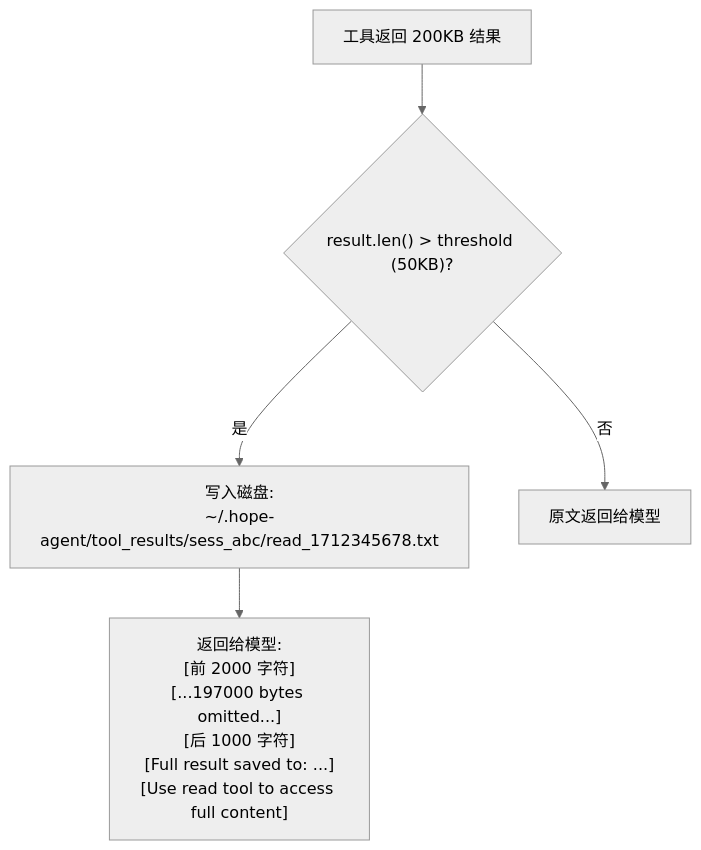
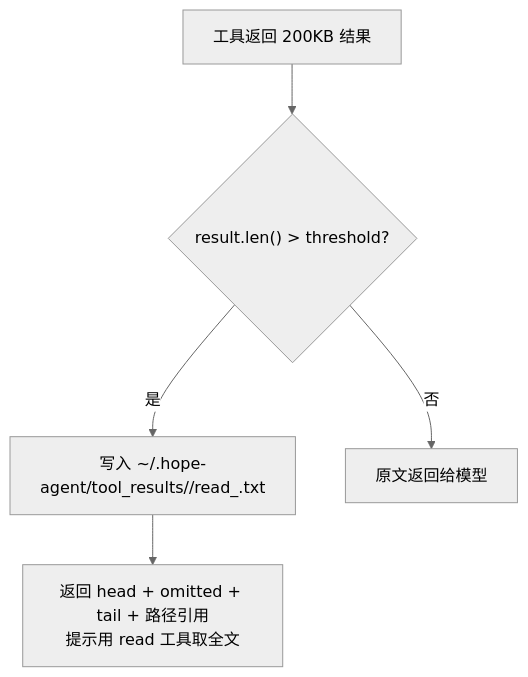
The eighth of 10 diagrams in docs/architecture/tool-system.md (shiwenwen/hope-agent), drawn with Mermaid (neutral theme) before and after one commit. The commit also changed other lines of this file and 1 other file, not shown here.

First line of the commit message:
🦭docs: 巨无霸 tool-system / im-channel 按新标准重做

````diff
--- a/docs/architecture/tool-system.md
+++ b/docs/architecture/tool-system.md
@@ -927,7 +717,7 @@
 ```mermaid
 flowchart TD
-    A["工具返回 200KB 结果"] --> B{"result.len() > threshold (50KB)?"}
-    B -- 是 --> C["写入磁盘:<br/>~/.hope-agent/tool_results/sess_abc/read_1712345678.txt"]
-    C --> D["返回给模型:<br/>[前 2000 字符]<br/>[...197000 bytes omitted...]<br/>[后 1000 字符]<br/>[Full result saved to: ...]<br/>[Use read tool to access full content]"]
+    A["工具返回 200KB 结果"] --> B{"result.len() > threshold?"}
+    B -- 是 --> C["写入 ~/.hope-agent/tool_results/<session>/read_<ts>.txt"]
+    C --> D["返回 head + omitted + tail + 路径引用<br/>提示用 read 工具取全文"]
     B -- 否 --> E["原文返回给模型"]
 ```
````
